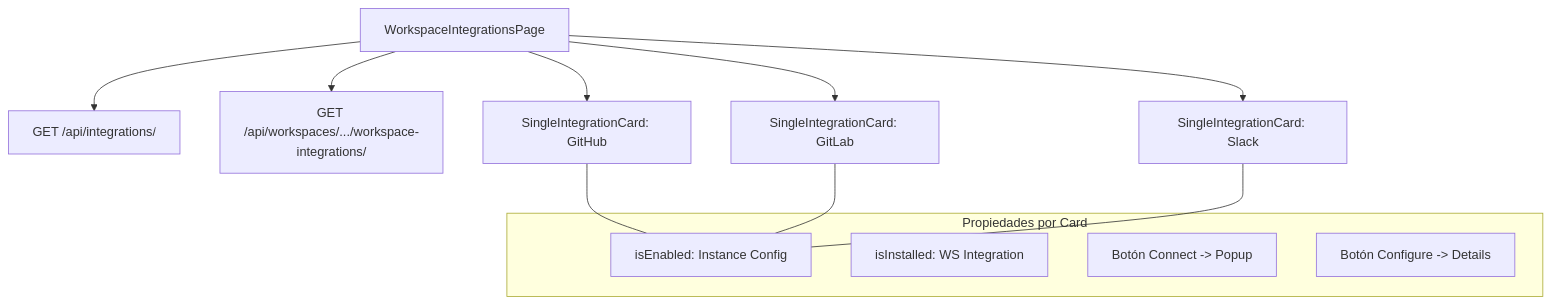
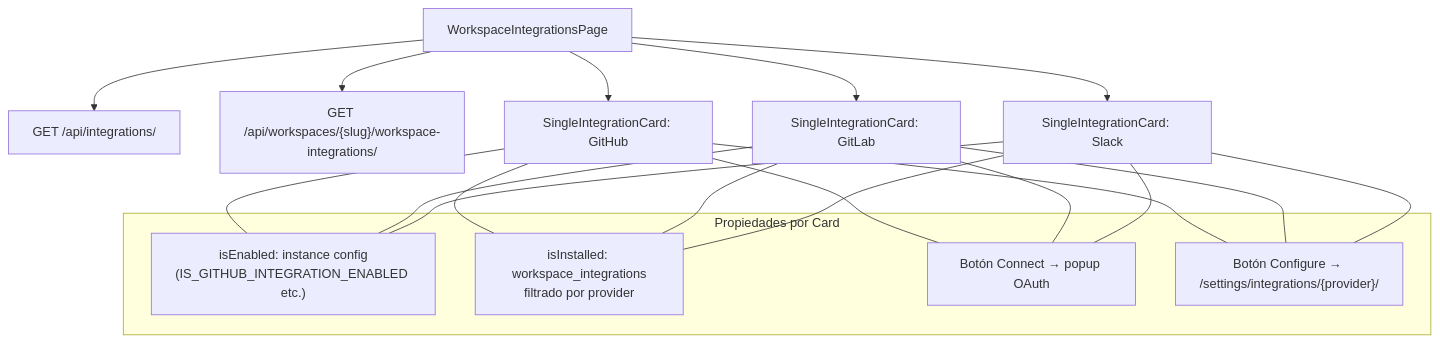
Before and after one commit to codecsrayo/plane: the second of 2 diagrams in docs/api-rust/dominio-workspace-settings.md, drawn with Mermaid. The commit also changed 22 other files, not shown here.

First line of the commit message:
docs: restaurar árboles ASCII y verificar diagramas mermaid post-merge 8ccb7f8

````diff
--- a/docs/api-rust/dominio-workspace-settings.md
+++ b/docs/api-rust/dominio-workspace-settings.md
@@ -204,17 +204,20 @@
 ```mermaid
 graph TD
     Page[WorkspaceIntegrationsPage] --> SWR1[GET /api/integrations/]
-    Page --> SWR2[GET /api/workspaces/.../workspace-integrations/]
+    Page --> SWR2["GET /api/workspaces/{slug}/workspace-integrations/"]
     Page --> Card1[SingleIntegrationCard: GitHub]
     Page --> Card2[SingleIntegrationCard: GitLab]
     Page --> Card3[SingleIntegrationCard: Slack]
 
     subgraph CardProps[Propiedades por Card]
-        IsEnabled[isEnabled: Instance Config]
-        IsInstalled[isInstalled: WS Integration]
-        Connect[Botón Connect -> Popup]
-        Configure[Botón Configure -> Details]
+        IsEnabled["isEnabled: instance config\n(IS_GITHUB_INTEGRATION_ENABLED etc.)"]
+        IsInstalled["isInstalled: workspace_integrations\nfiltrado por provider"]
+        Connect["Botón Connect → popup OAuth"]
+        Configure["Botón Configure → /settings/integrations/{provider}/"]
     end
 
     Card1 & Card2 & Card3 --- IsEnabled
+    Card1 & Card2 & Card3 --- IsInstalled
+    Card1 & Card2 & Card3 --- Connect
+    Card1 & Card2 & Card3 --- Configure
 ```
````
